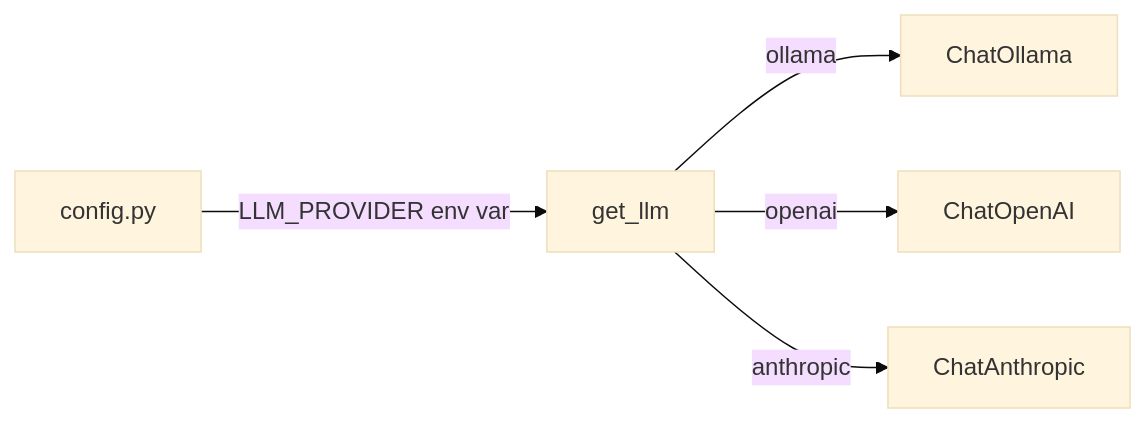
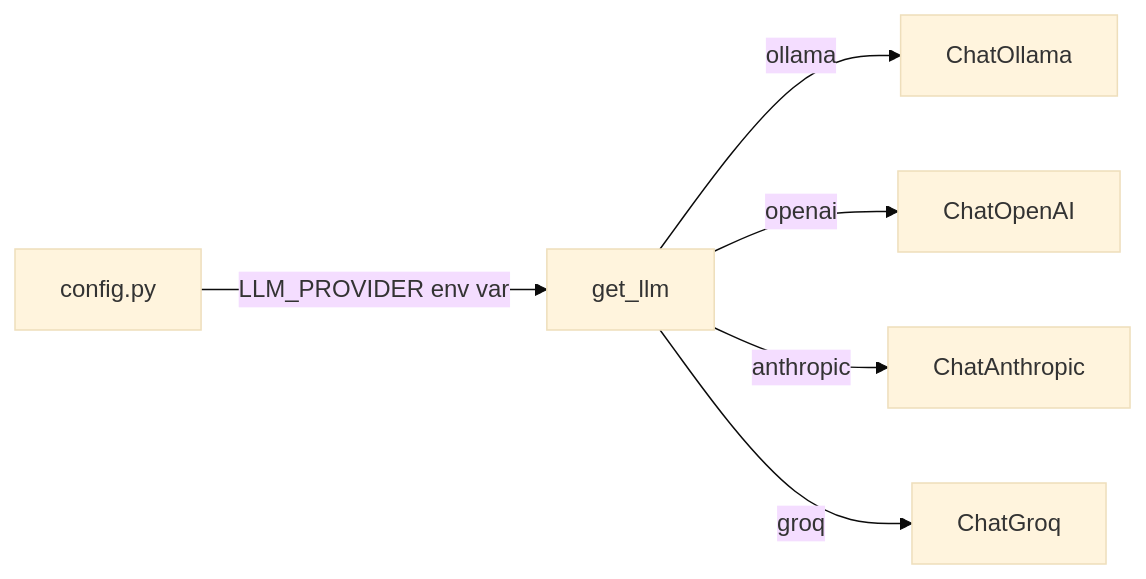
The fourth of 5 diagrams in architecture.md (aksh-ay06/supply-chain-agents), drawn with Mermaid (base theme) before and after one commit. The commit also changed other lines of this file and 1 other file, not shown here.

First line of the commit message:
Update README and architecture docs with guardrails, Groq, and execution modes

````diff
--- a/architecture.md
+++ b/architecture.md
@@ -53,7 +106,8 @@
 ```mermaid
 graph LR
     Config[config.py] --> |LLM_PROVIDER env var| Factory[get_llm]
     Factory -->|ollama| Ollama[ChatOllama]
     Factory -->|openai| OpenAI[ChatOpenAI]
     Factory -->|anthropic| Anthropic[ChatAnthropic]
+    Factory -->|groq| Groq[ChatGroq]
 ```
````
